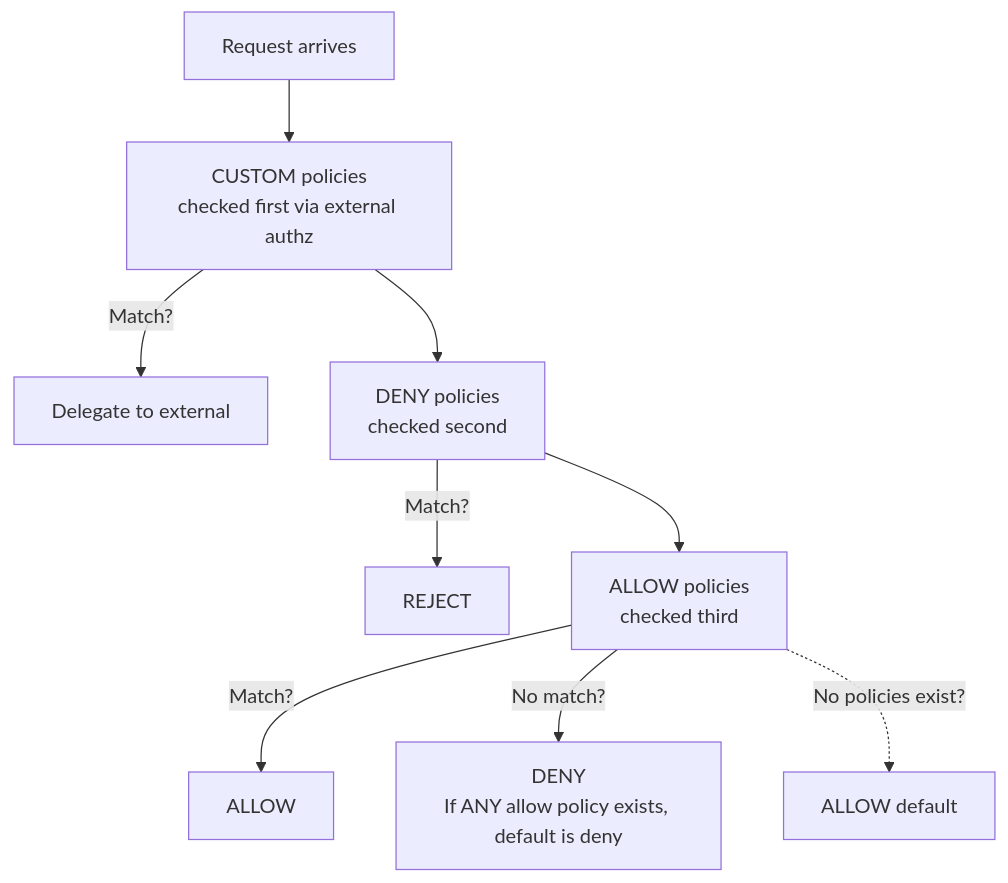
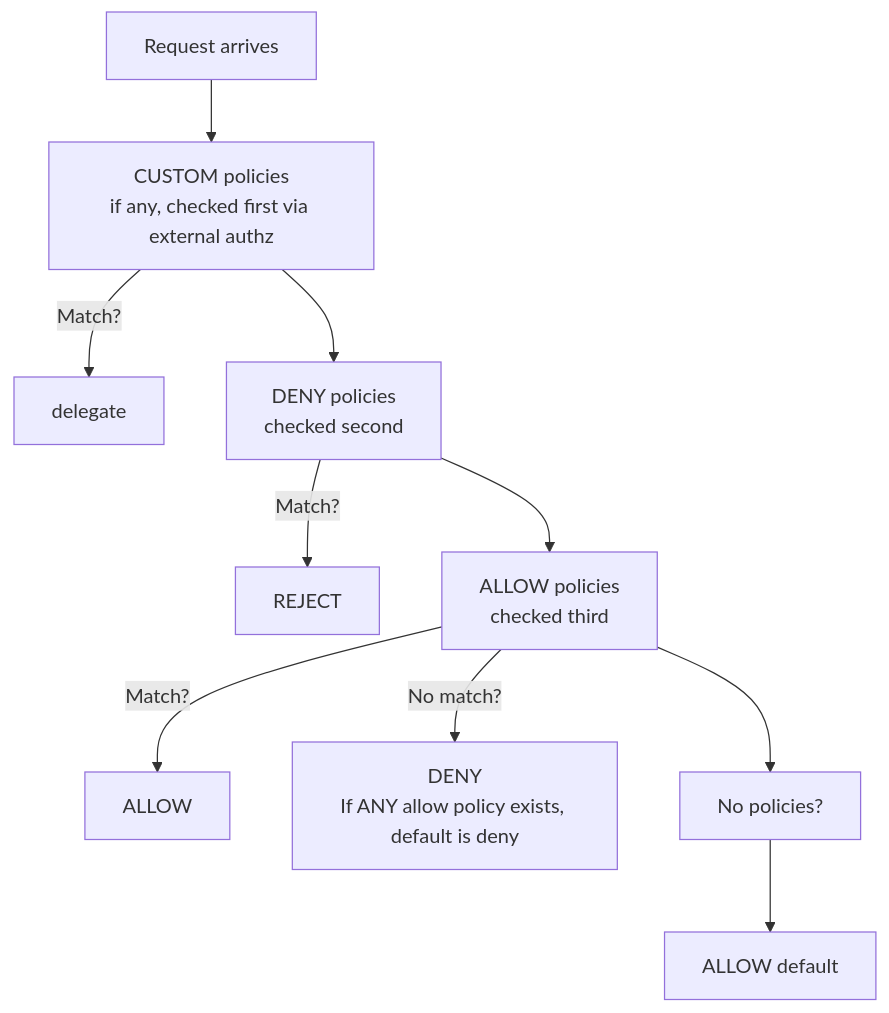
Before and after one commit to kube-dojo/kube-dojo: the second of 3 diagrams in src/content/docs/k8s/ica/module-1.3-istio-security-troubleshooting.md, drawn with Mermaid. The commit also changed other lines of this file, not shown here.

````diff
--- a/src/content/docs/k8s/ica/module-1.3-istio-security-troubleshooting.md
+++ b/src/content/docs/k8s/ica/module-1.3-istio-security-troubleshooting.md
@@ -329,11 +347,12 @@
 ```mermaid
 flowchart TD
-    Req[Request arrives] --> Custom[CUSTOM policies\nchecked first via external authz]
-    Custom -->|Match?| Delegate[Delegate to external]
-    Custom --> Deny[DENY policies\nchecked second]
-    Deny -->|Match?| Reject[REJECT]
-    Deny --> Allow[ALLOW policies\nchecked third]
-    Allow -->|Match?| AllowReq[ALLOW]
-    Allow -->|No match?| DenyReq[DENY\nIf ANY allow policy exists, default is deny]
-    Allow -.->|No policies exist?| DefaultAllow[ALLOW default]
+    Req[Request arrives] --> Custom[CUSTOM policies<br/>if any, checked first via external authz]
+    Custom -- Match? --> Del[delegate]
+    Custom --> Deny[DENY policies<br/>checked second]
+    Deny -- Match? --> Reject[REJECT]
+    Deny --> Allow[ALLOW policies<br/>checked third]
+    Allow -- Match? --> AllowAct[ALLOW]
+    Allow -- No match? --> DenyAct[DENY<br/>If ANY allow policy exists, default is deny]
+    Allow --> NoPol[No policies?]
+    NoPol --> AllowDef[ALLOW default]
 ```
````
